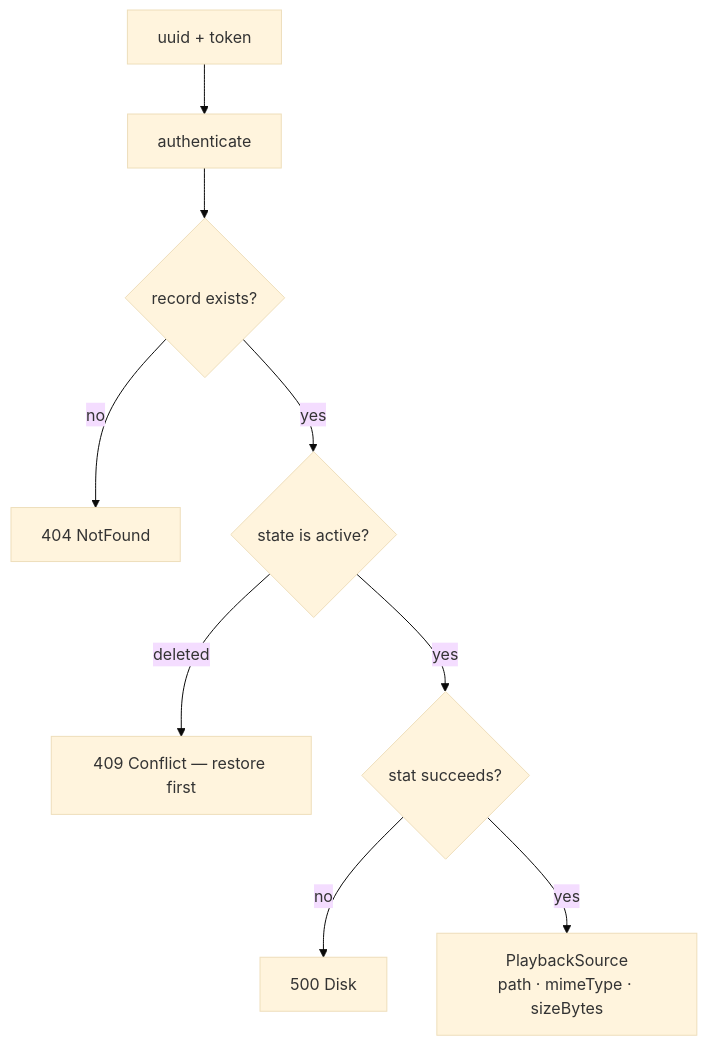
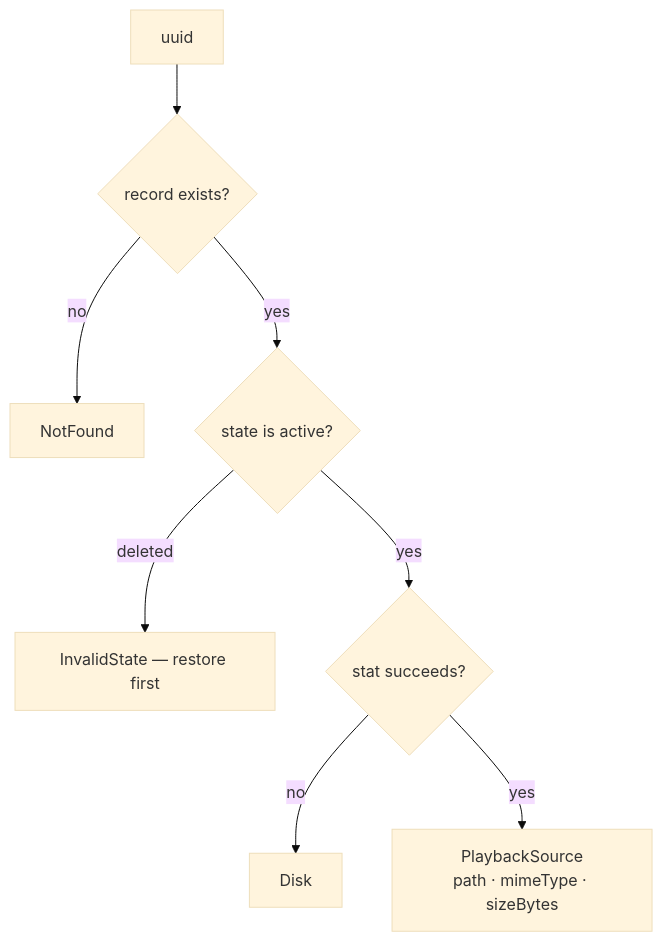
One commit to artur-rios/alexandria-api changed the ninth of 10 diagrams in docs/System Behavior Document.md. Above: the diagram before and after it, drawn with Mermaid (base theme). The commit also changed other lines of this file and 15 other files, not shown here.

````diff
--- a/docs/System Behavior Document.md
+++ b/docs/System Behavior Document.md
@@ -775,11 +774,10 @@
 ```mermaid
 flowchart TD
-    A["uuid + token"] --> B["authenticate"]
-    B --> C{"record exists?"}
-    C -->|"no"| N["404 NotFound"]
+    A["uuid"] --> C{"record exists?"}
+    C -->|"no"| N["NotFound"]
     C -->|"yes"| D{"state is active?"}
-    D -->|"deleted"| CF["409 Conflict — restore first"]
+    D -->|"deleted"| CF["InvalidState — restore first"]
     D -->|"yes"| E{"stat succeeds?"}
-    E -->|"no"| DK["500 Disk"]
+    E -->|"no"| DK["Disk"]
     E -->|"yes"| F["PlaybackSource<br/>path · mimeType · sizeBytes"]
 ```
````
